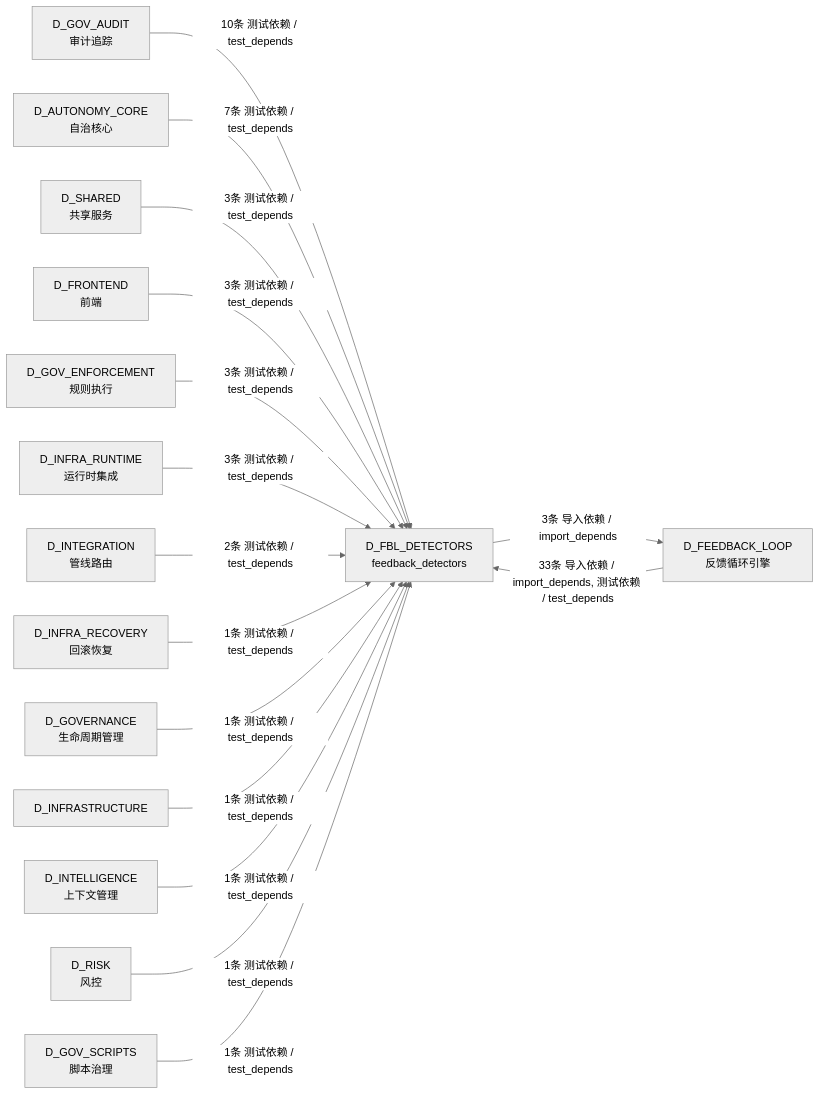
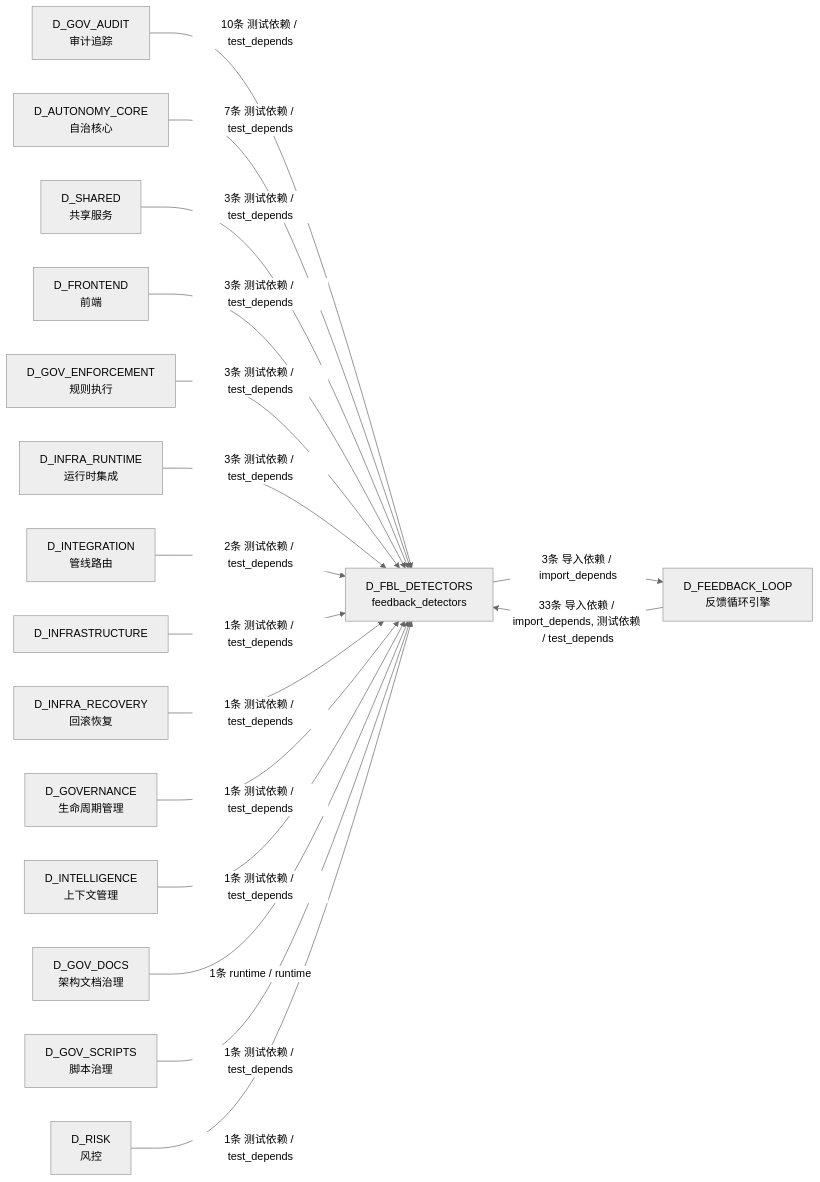
The sixth of 6 diagrams in docs/02_enterprise_architecture/02_domain_architecture_docs/11_d_fbl_detectors.md (xuanFelixVan/ZephyrAlpha), drawn with Mermaid (neutral theme) before and after one commit. The commit also changed other lines of this file and 126 other files, not shown here.

````diff
--- a/docs/02_enterprise_architecture/02_domain_architecture_docs/11_d_fbl_detectors.md
+++ b/docs/02_enterprise_architecture/02_domain_architecture_docs/11_d_fbl_detectors.md
@@ -522,33 +527,35 @@
 ```mermaid
 graph LR
     D_FBL_DETECTORS["D_FBL_DETECTORS<br/>feedback_detectors"]
     D_FEEDBACK_LOOP["D_FEEDBACK_LOOP<br/>反馈循环引擎"]
     D_GOV_AUDIT["D_GOV_AUDIT<br/>审计追踪"]
     D_AUTONOMY_CORE["D_AUTONOMY_CORE<br/>自治核心"]
     D_SHARED["D_SHARED<br/>共享服务"]
     D_FRONTEND["D_FRONTEND<br/>前端"]
     D_GOV_ENFORCEMENT["D_GOV_ENFORCEMENT<br/>规则执行"]
     D_INFRA_RUNTIME["D_INFRA_RUNTIME<br/>运行时集成"]
     D_INTEGRATION["D_INTEGRATION<br/>管线路由"]
+    D_INFRASTRUCTURE["D_INFRASTRUCTURE"]
     D_INFRA_RECOVERY["D_INFRA_RECOVERY<br/>回滚恢复"]
     D_GOVERNANCE["D_GOVERNANCE<br/>生命周期管理"]
-    D_INFRASTRUCTURE["D_INFRASTRUCTURE"]
     D_INTELLIGENCE["D_INTELLIGENCE<br/>上下文管理"]
+    D_GOV_DOCS["D_GOV_DOCS<br/>架构文档治理"]
+    D_GOV_SCRIPTS["D_GOV_SCRIPTS<br/>脚本治理"]
     D_RISK["D_RISK<br/>风控"]
-    D_GOV_SCRIPTS["D_GOV_SCRIPTS<br/>脚本治理"]
     D_FBL_DETECTORS -->|3条 导入依赖 / import_depends| D_FEEDBACK_LOOP
     D_FEEDBACK_LOOP -->|33条 导入依赖 / import_depends, 测试依赖 / test_depends| D_FBL_DETECTORS
     D_GOV_AUDIT -->|10条 测试依赖 / test_depends| D_FBL_DETECTORS
     D_AUTONOMY_CORE -->|7条 测试依赖 / test_depends| D_FBL_DETECTORS
     D_SHARED -->|3条 测试依赖 / test_depends| D_FBL_DETECTORS
     D_FRONTEND -->|3条 测试依赖 / test_depends| D_FBL_DETECTORS
     D_GOV_ENFORCEMENT -->|3条 测试依赖 / test_depends| D_FBL_DETECTORS
     D_INFRA_RUNTIME -->|3条 测试依赖 / test_depends| D_FBL_DETECTORS
     D_INTEGRATION -->|2条 测试依赖 / test_depends| D_FBL_DETECTORS
+    D_INFRASTRUCTURE -->|1条 测试依赖 / test_depends| D_FBL_DETECTORS
     D_INFRA_RECOVERY -->|1条 测试依赖 / test_depends| D_FBL_DETECTORS
     D_GOVERNANCE -->|1条 测试依赖 / test_depends| D_FBL_DETECTORS
-    D_INFRASTRUCTURE -->|1条 测试依赖 / test_depends| D_FBL_DETECTORS
     D_INTELLIGENCE -->|1条 测试依赖 / test_depends| D_FBL_DETECTORS
+    D_GOV_DOCS -->|1条 runtime / runtime| D_FBL_DETECTORS
+    D_GOV_SCRIPTS -->|1条 测试依赖 / test_depends| D_FBL_DETECTORS
     D_RISK -->|1条 测试依赖 / test_depends| D_FBL_DETECTORS
-    D_GOV_SCRIPTS -->|1条 测试依赖 / test_depends| D_FBL_DETECTORS
 ```
````
